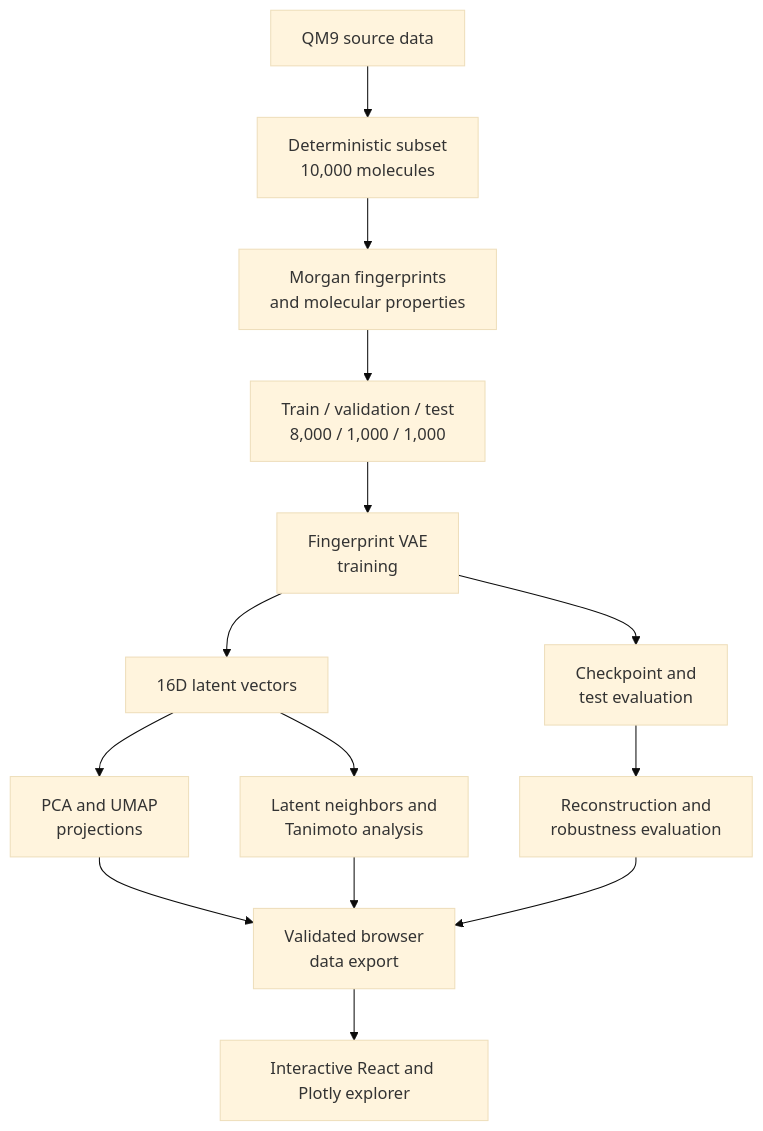
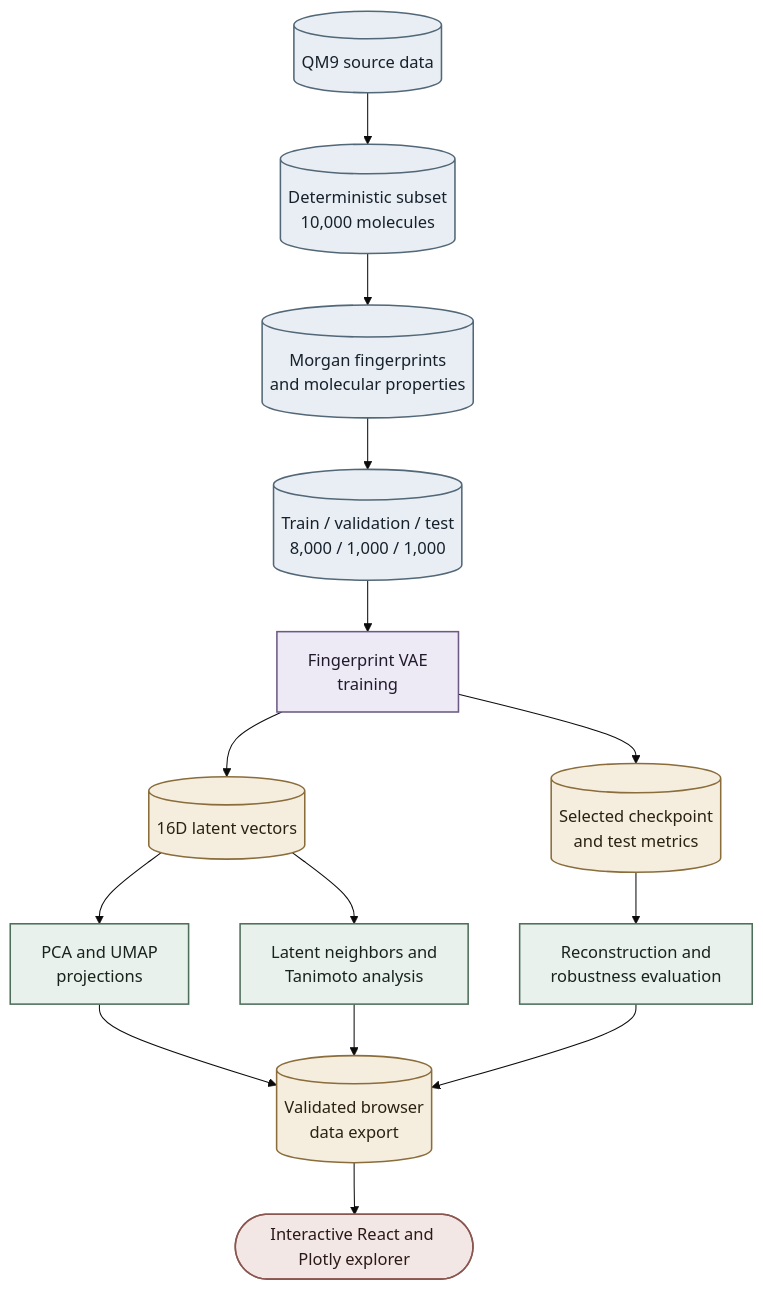
One commit to rizonehyseni/Latent-Space-Explorer changed the diagram in docs/ARCHITECTURE.md. Above: the diagram before and after it, drawn with Mermaid (base theme). The commit also changed 2 other files, not shown here.

Commit message:
standardized scientific diagrams and math rendering

````diff
--- a/docs/ARCHITECTURE.md
+++ b/docs/ARCHITECTURE.md
@@ -9,20 +9,32 @@
 ```mermaid
 flowchart TD
-    A["QM9 source data"] --> B["Deterministic subset<br/>10,000 molecules"]
-    B --> C["Morgan fingerprints<br/>and molecular properties"]
-    C --> D["Train / validation / test<br/>8,000 / 1,000 / 1,000"]
+    A[("QM9 source data")] --> B[("Deterministic subset<br/>10,000 molecules")]
+    B --> C[("Morgan fingerprints<br/>and molecular properties")]
+    C --> D[("Train / validation / test<br/>8,000 / 1,000 / 1,000")]
 
     D --> E["Fingerprint VAE<br/>training"]
-    E --> F["Checkpoint and<br/>test evaluation"]
-    E --> G["16D latent vectors"]
+    E --> F[("Selected checkpoint<br/>and test metrics")]
+    E --> G[("16D latent vectors")]
 
     G --> H["PCA and UMAP<br/>projections"]
     G --> I["Latent neighbors and<br/>Tanimoto analysis"]
     F --> J["Reconstruction and<br/>robustness evaluation"]
 
-    H --> K["Validated browser<br/>data export"]
+    H --> K[("Validated browser<br/>data export")]
     I --> K
     J --> K
 
-    K --> L["Interactive React and Plotly explorer"]
+    K --> L(["Interactive React and Plotly explorer"])
+
+    classDef source fill:#e8eef3,stroke:#526777,color:#17212b,stroke-width:1.5px
+    classDef model fill:#ede9f5,stroke:#6b5a83,color:#211a2b,stroke-width:1.5px
+    classDef analysis fill:#e8f1ec,stroke:#4d6f5a,color:#18231c,stroke-width:1.5px
+    classDef artifact fill:#f5eedf,stroke:#8a6d3b,color:#2a2112,stroke-width:1.5px
+    classDef interface fill:#f2e7e4,stroke:#8a564f,color:#2b1917,stroke-width:1.5px
+
+    class A,B,C,D source
+    class E model
+    class H,I,J analysis
+    class F,G,K artifact
+    class L interface
 ```
````
